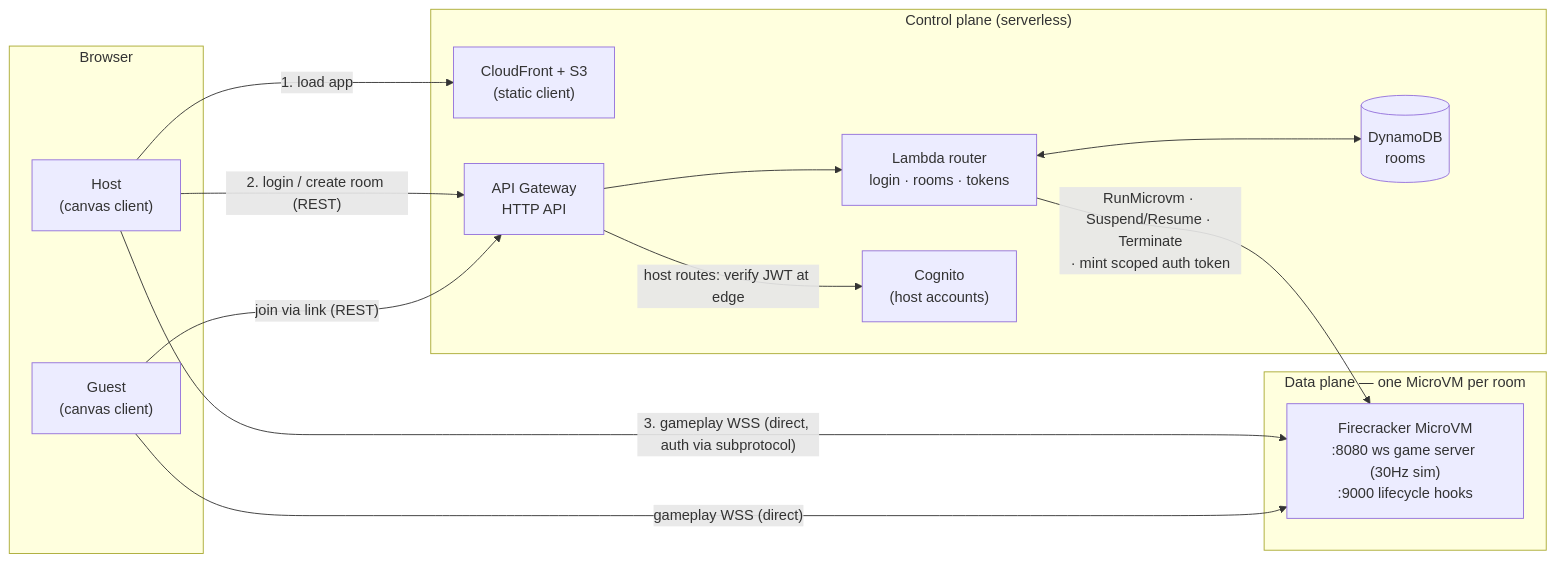
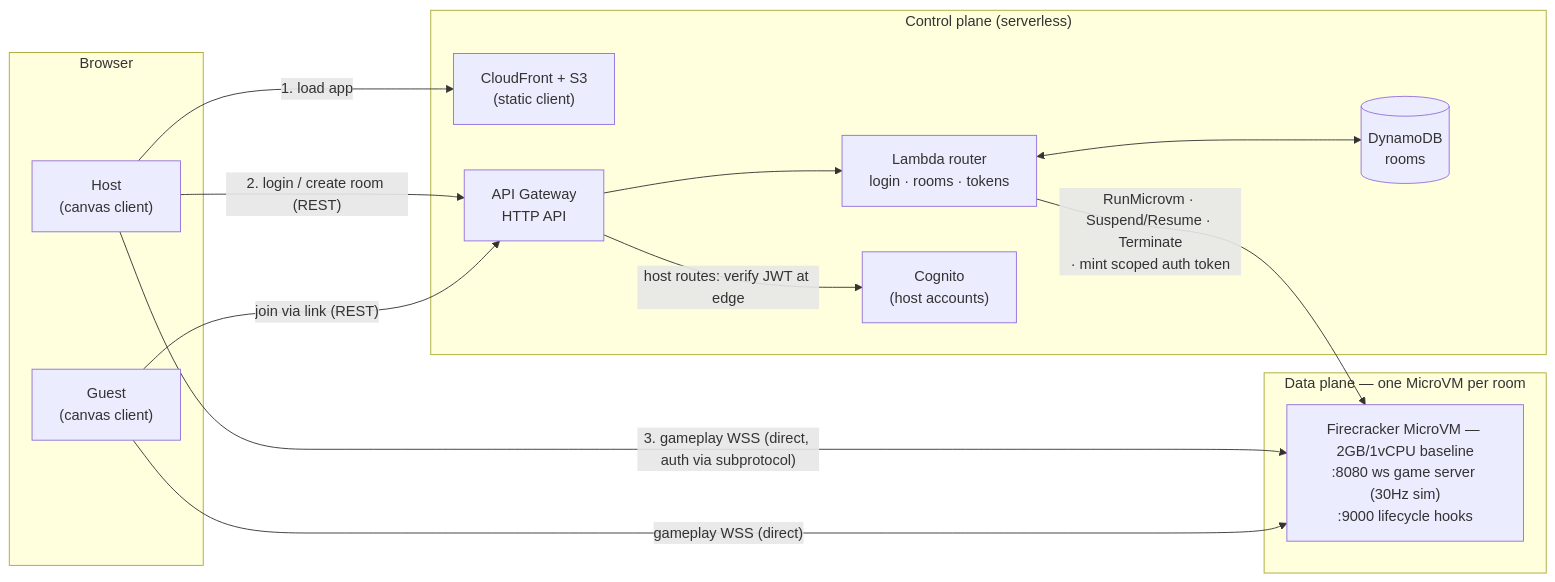
Before and after one commit to singledigit/faceteroids: the diagram in README.md, drawn with Mermaid. The commit also changed other lines of this file and 7 other files, not shown here.

````diff
--- a/README.md
+++ b/README.md
@@ -16,29 +16,29 @@
 ```mermaid
 flowchart LR
     subgraph Browser
         H["Host<br/>(canvas client)"]
         G["Guest<br/>(canvas client)"]
     end
 
     subgraph CP["Control plane (serverless)"]
         CF["CloudFront + S3<br/>(static client)"]
         API["API Gateway<br/>HTTP API"]
         L["Lambda router<br/>login · rooms · tokens"]
         DB[("DynamoDB<br/>rooms")]
         COG["Cognito<br/>(host accounts)"]
     end
 
     subgraph DP["Data plane — one MicroVM per room"]
-        VM["Firecracker MicroVM<br/>:8080 ws game server (30Hz sim)<br/>:9000 lifecycle hooks"]
+        VM["Firecracker MicroVM — 2GB/1vCPU baseline<br/>:8080 ws game server (30Hz sim)<br/>:9000 lifecycle hooks"]
     end
 
     H -- "1. load app" --> CF
     H -- "2. login / create room (REST)" --> API
     G -- "join via link (REST)" --> API
     API -- "host routes: verify JWT at edge" --> COG
     API --> L
     L <--> DB
     L -- "RunMicrovm · Suspend/Resume · Terminate<br/>· mint scoped auth token" --> VM
     H -- "3. gameplay WSS (direct, auth via subprotocol)" --> VM
     G -- "gameplay WSS (direct)" --> VM
 ```
````
